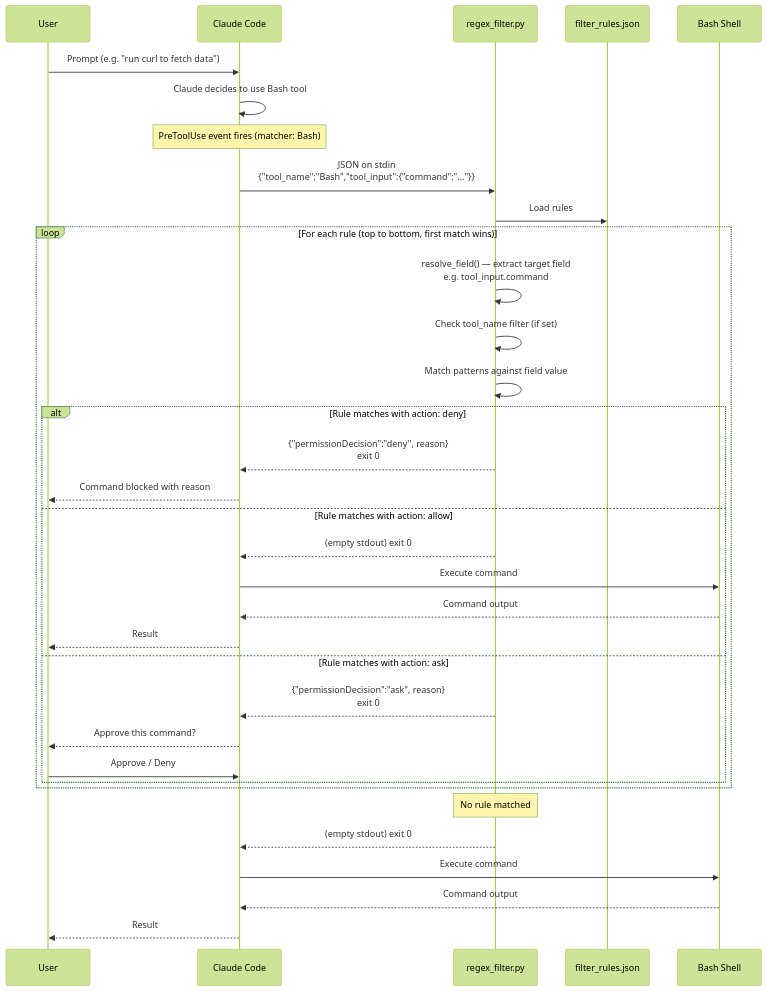
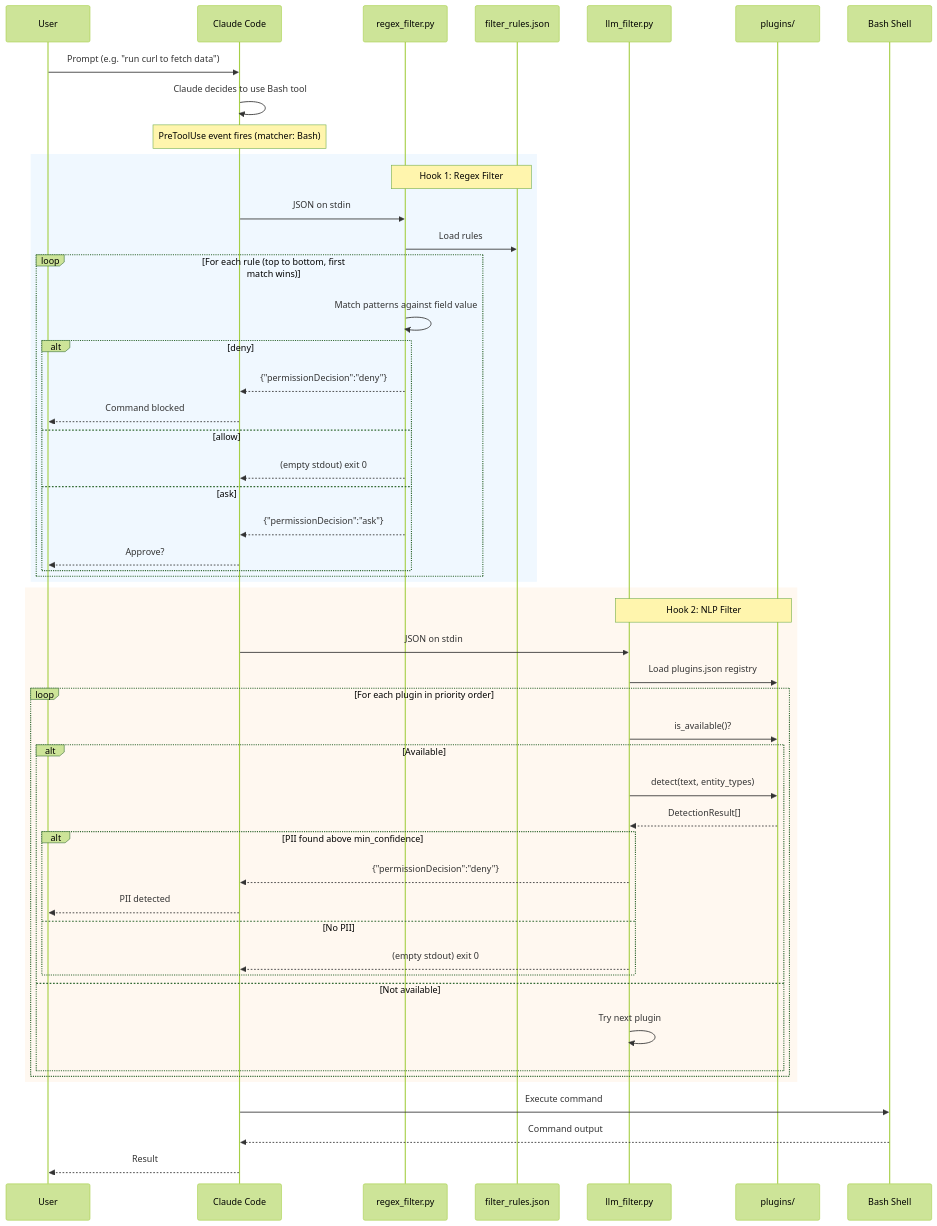
The diagram in docs/sequence-diagram.mmd (pipopoplin/hook-hole), drawn with Mermaid (forest theme) before and after one commit. The commit also changed 11 other files, not shown here.

First line of the commit message:
Add detailed `README.md` and improve PII detection configuration

```diff
--- a/docs/sequence-diagram.mmd
+++ b/docs/sequence-diagram.mmd
@@ -1,40 +1,58 @@
 sequenceDiagram
     participant User
     participant ClaudeCode as Claude Code
-    participant Filter as regex_filter.py
-    participant Config as filter_rules.json
+    participant Regex as regex_filter.py
+    participant Rules as filter_rules.json
+    participant NLP as llm_filter.py
+    participant Plugins as plugins/
     participant Shell as Bash Shell
 
     User->>ClaudeCode: Prompt (e.g. "run curl to fetch data")
     ClaudeCode->>ClaudeCode: Claude decides to use Bash tool
 
     Note over ClaudeCode: PreToolUse event fires (matcher: Bash)
 
-    ClaudeCode->>Filter: JSON on stdin<br/>{"tool_name":"Bash","tool_input":{"command":"..."}}
-    Filter->>Config: Load rules
+    rect rgb(240, 248, 255)
+        Note over Regex,Rules: Hook 1: Regex Filter
+        ClaudeCode->>Regex: JSON on stdin
+        Regex->>Rules: Load rules
 
-    loop For each rule (top to bottom, first match wins)
-        Filter->>Filter: resolve_field() — extract target field<br/>e.g. tool_input.command
-        Filter->>Filter: Check tool_name filter (if set)
-        Filter->>Filter: Match patterns against field value
-
-        alt Rule matches with action: deny
-            Filter-->>ClaudeCode: {"permissionDecision":"deny", reason}<br/>exit 0
-            ClaudeCode-->>User: Command blocked with reason
-        else Rule matches with action: allow
-            Filter-->>ClaudeCode: (empty stdout) exit 0
-            ClaudeCode->>Shell: Execute command
-            Shell-->>ClaudeCode: Command output
-            ClaudeCode-->>User: Result
-        else Rule matches with action: ask
-            Filter-->>ClaudeCode: {"permissionDecision":"ask", reason}<br/>exit 0
-            ClaudeCode-->>User: Approve this command?
-            User->>ClaudeCode: Approve / Deny
+        loop For each rule (top to bottom, first match wins)
+            Regex->>Regex: Match patterns against field value
+            alt deny
+                Regex-->>ClaudeCode: {"permissionDecision":"deny"}
+                ClaudeCode-->>User: Command blocked
+            else allow
+                Regex-->>ClaudeCode: (empty stdout) exit 0
+            else ask
+                Regex-->>ClaudeCode: {"permissionDecision":"ask"}
+                ClaudeCode-->>User: Approve?
+            end
         end
     end
 
-    Note over Filter: No rule matched
-    Filter-->>ClaudeCode: (empty stdout) exit 0
+    rect rgb(255, 248, 240)
+        Note over NLP,Plugins: Hook 2: NLP Filter
+        ClaudeCode->>NLP: JSON on stdin
+        NLP->>Plugins: Load plugins.json registry
+
+        loop For each plugin in priority order
+            NLP->>Plugins: is_available()?
+            alt Available
+                NLP->>Plugins: detect(text, entity_types)
+                Plugins-->>NLP: DetectionResult[]
+                alt PII found above min_confidence
+                    NLP-->>ClaudeCode: {"permissionDecision":"deny"}
+                    ClaudeCode-->>User: PII detected
+                else No PII
+                    NLP-->>ClaudeCode: (empty stdout) exit 0
+                end
+            else Not available
+                NLP->>NLP: Try next plugin
+            end
+        end
+    end
+
     ClaudeCode->>Shell: Execute command
     Shell-->>ClaudeCode: Command output
     ClaudeCode-->>User: Result
```
